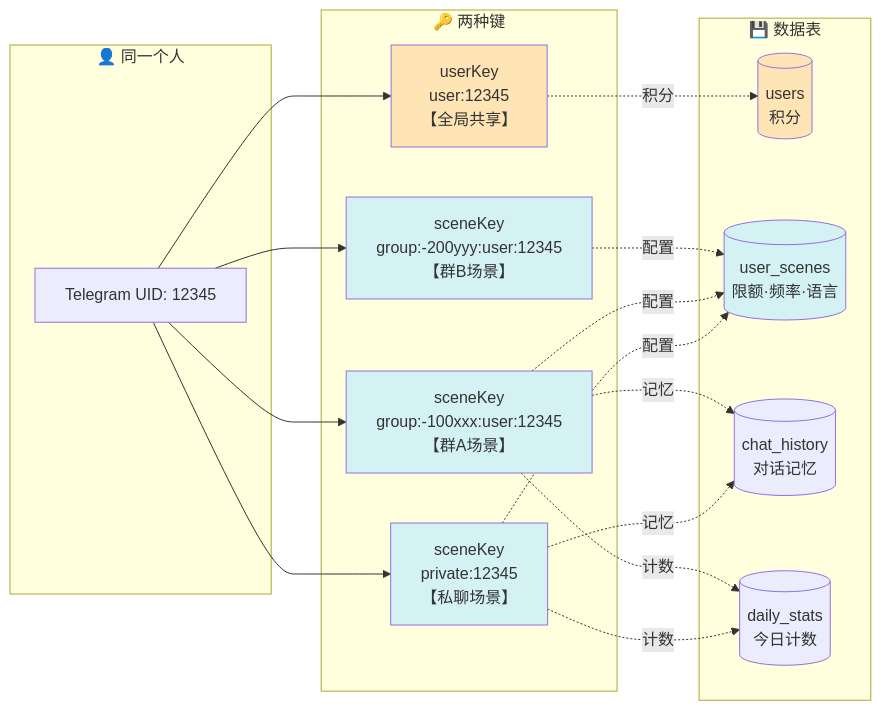
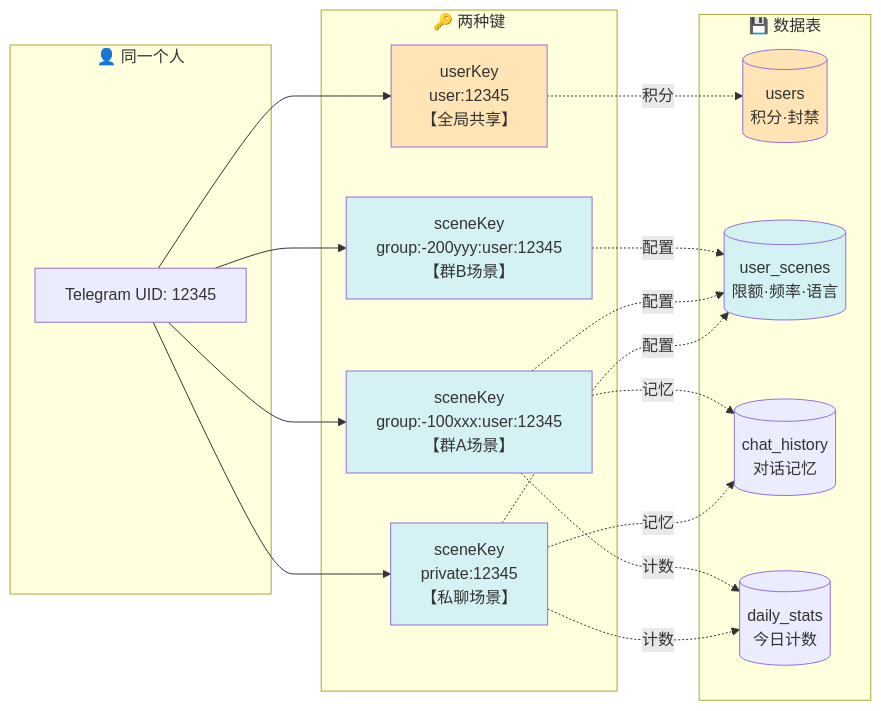
Before and after one commit to ZooolpMoon/tgbot: the second of 7 diagrams in README.md, drawn with Mermaid. The commit also changed other lines of this file and 3 other files, not shown here.

````diff
--- a/README.md
+++ b/README.md
@@ -281,41 +407,41 @@
 ```mermaid
 flowchart LR
     subgraph User["👤 同一个人"]
         UID["Telegram UID: 12345"]
     end
 
     subgraph Keys["🔑 两种键"]
         UK["userKey<br/>user:12345<br/>【全局共享】"]
         SK1["sceneKey<br/>private:12345<br/>【私聊场景】"]
         SK2["sceneKey<br/>group:-100xxx:user:12345<br/>【群A场景】"]
         SK3["sceneKey<br/>group:-200yyy:user:12345<br/>【群B场景】"]
     end
 
     subgraph Data["💾 数据表"]
-        T1[(users<br/>积分)]
+        T1[(users<br/>积分·封禁)]
         T2[(user_scenes<br/>限额·频率·语言)]
         T3[(chat_history<br/>对话记忆)]
         T4[(daily_stats<br/>今日计数)]
     end
 
     UID --> UK
     UID --> SK1
     UID --> SK2
     UID --> SK3
 
     UK -.->|积分| T1
     SK1 -.->|配置| T2
     SK2 -.->|配置| T2
     SK3 -.->|配置| T2
     SK1 -.->|记忆| T3
     SK2 -.->|记忆| T3
     SK1 -.->|计数| T4
     SK2 -.->|计数| T4
 
     style UK fill:#ffe4b5
     style SK1 fill:#d4f1f4
     style SK2 fill:#d4f1f4
     style SK3 fill:#d4f1f4
     style T1 fill:#ffe4b5
     style T2 fill:#d4f1f4
 ```
````
